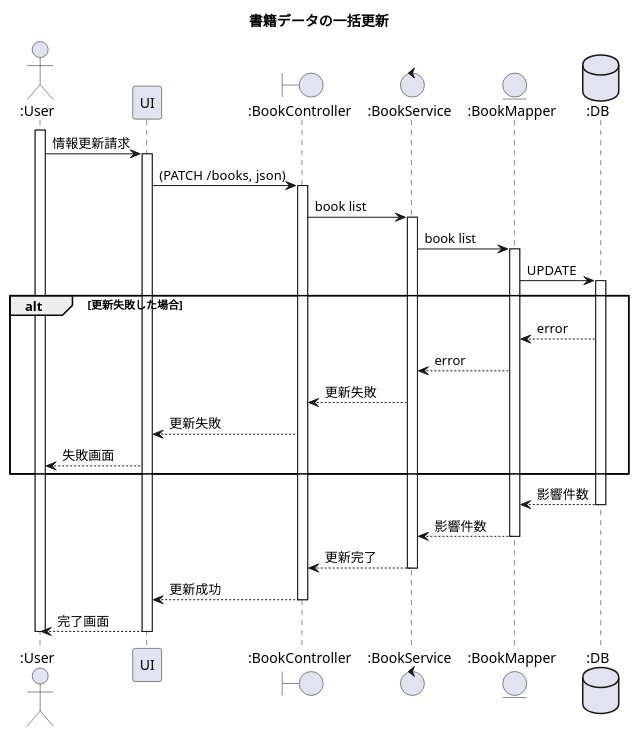
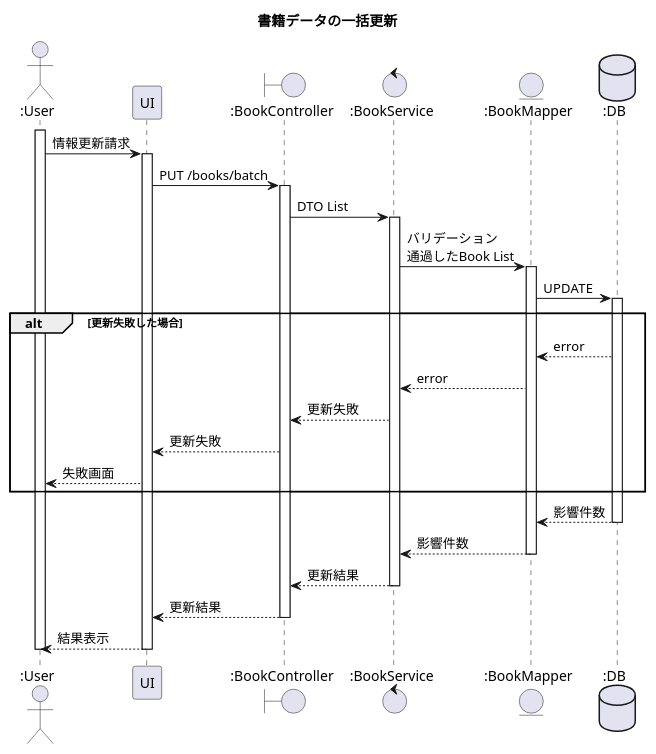
The diagram in document/book/updateBooks.puml (kien-ri/demo), drawn with PlantUML before and after one commit.

Commit message:
シーケンス図

```diff
--- a/document/book/updateBooks.puml
+++ b/document/book/updateBooks.puml
@@ -1,34 +1,34 @@
 @startuml updateBooks
 
 title 書籍データの一括更新
 
 actor ":User" as User
 participant "UI" as UI
 boundary ":BookController" as BookController
 control ":BookService" as BookService
 entity ":BookMapper" as BookMapper
 database ":DB" as DB
 
 activate User
 User -> UI ++ : 情報更新請求
-UI -> BookController ++ : (PATCH /books, json)
-BookController -> BookService ++ : book list
-BookService -> BookMapper ++ : book list
+UI -> BookController ++ : PUT /books/batch
+BookController -> BookService ++ : DTO List
+BookService -> BookMapper ++ : バリデーション\n通過したBook List
 BookMapper -> DB ++ : UPDATE
 
 alt 更新失敗した場合
     DB --> BookMapper : error
     BookMapper --> BookService : error
     BookService --> BookController : 更新失敗
     BookController --> UI : 更新失敗
     UI --> User : 失敗画面
 end
 
 DB --> BookMapper -- : 影響件数
 BookMapper --> BookService -- : 影響件数
-BookService --> BookController -- : 更新完了
-BookController --> UI -- : 更新成功
-UI --> User -- : 完了画面
+BookService --> BookController -- : 更新結果
+BookController --> UI -- : 更新結果
+UI --> User -- : 結果表示
 deactivate User
 
 @enduml
```
